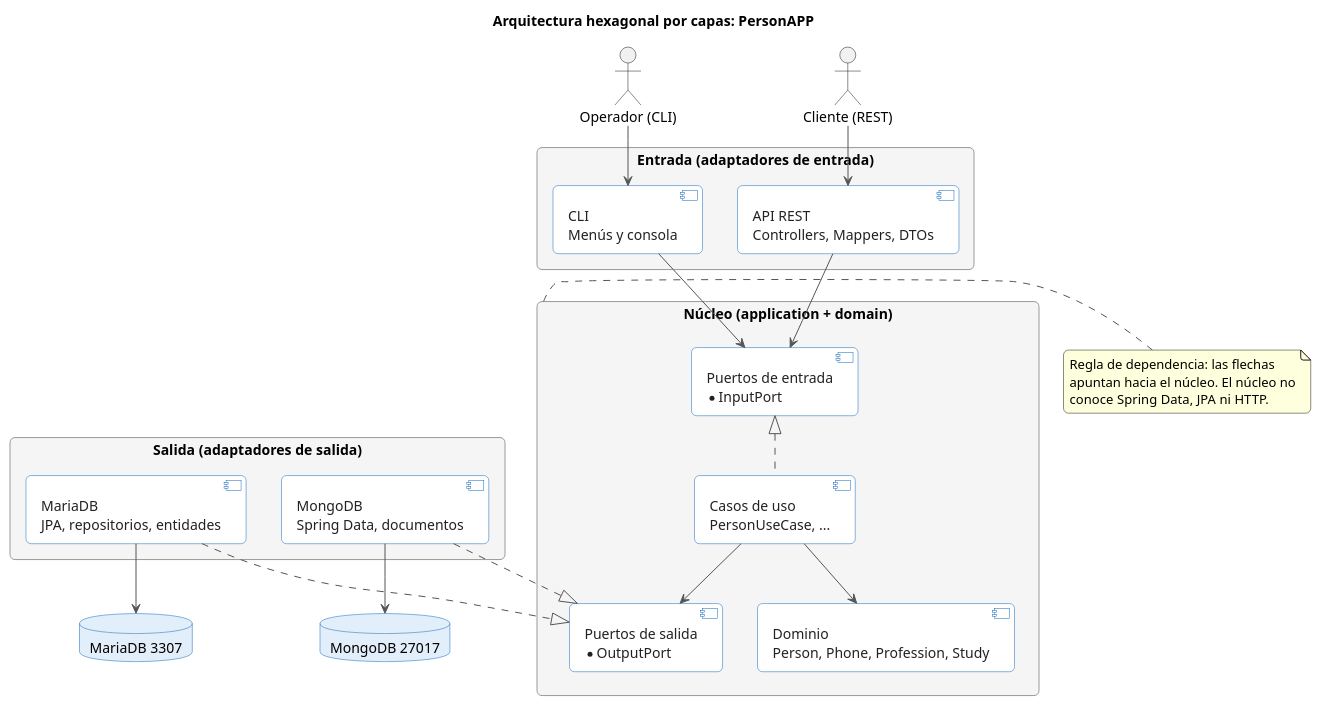
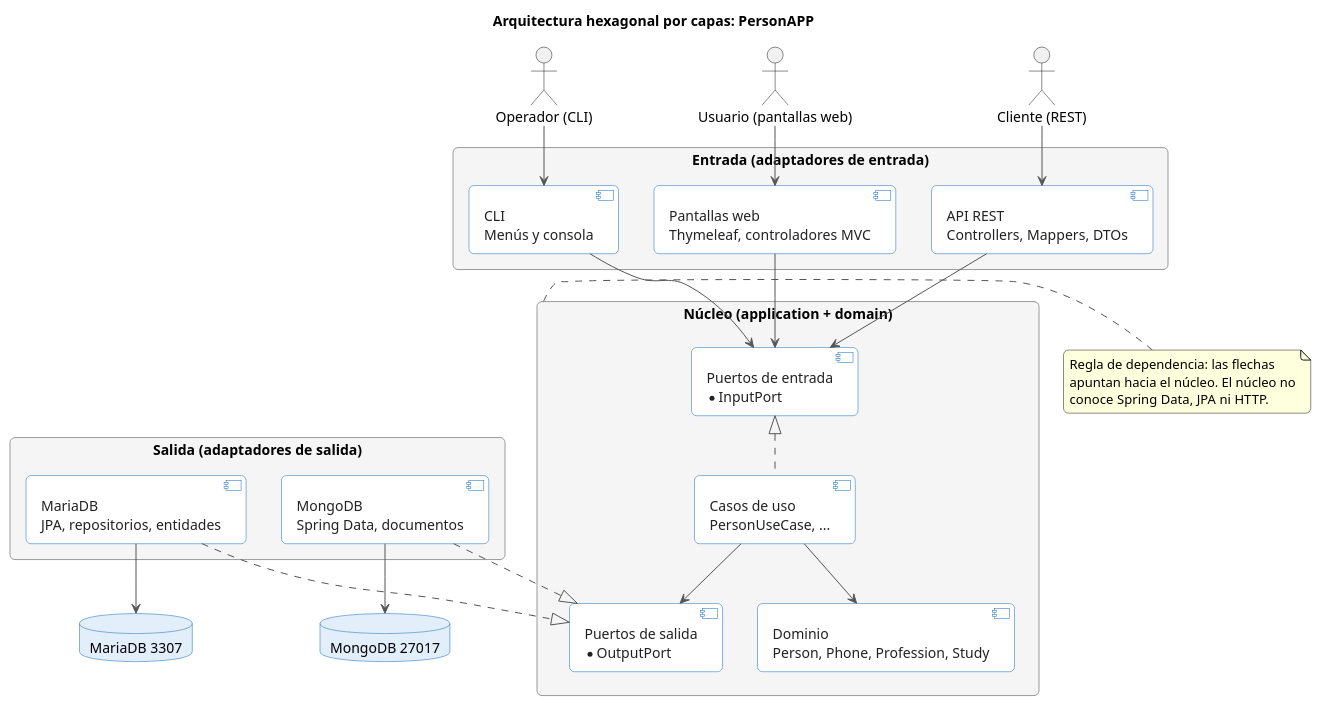
One commit to andres-karoll/personapp-hexa-spring-boot changed the diagram in docs/diagramas/08_arquitectura_capas.puml. Above: the diagram before and after it, drawn with PlantUML. The commit also changed 14 other files, not shown here.

First line of the commit message:
Actualiza diagramas C4 con las pantallas web

```diff
--- a/docs/diagramas/08_arquitectura_capas.puml
+++ b/docs/diagramas/08_arquitectura_capas.puml
@@ -1,65 +1,69 @@
 @startuml 08_arquitectura_capas
 title Arquitectura hexagonal por capas: PersonAPP
 
 skinparam defaultFontName Arial
 skinparam shadowing false
 skinparam roundCorner 10
 skinparam packageStyle rectangle
 skinparam package {
   BorderColor #999999
   BackgroundColor #F5F5F5
   FontColor #333333
   FontStyle bold
 }
 skinparam component {
   BackgroundColor #FFFFFF
   BorderColor #1168BD
   FontColor #222222
 }
 skinparam database {
   BackgroundColor #E3EEFB
   BorderColor #1168BD
 }
 skinparam ArrowColor #555555
 
 actor "Operador (CLI)" as cli
+actor "Usuario (pantallas web)" as web
 actor "Cliente (REST)" as rest
 
 package "Entrada (adaptadores de entrada)" as entrada {
   component "API REST\nControllers, Mappers, DTOs" as api
+  component "Pantallas web\nThymeleaf, controladores MVC" as pweb
   component "CLI\nMenús y consola" as consola
 }
 
 package "Núcleo (application + domain)" as nucleo {
   component "Puertos de entrada\n*InputPort" as pin
   component "Casos de uso\nPersonUseCase, ..." as uc
   component "Puertos de salida\n*OutputPort" as pout
   component "Dominio\nPerson, Phone, Profession, Study" as dom
 }
 
 package "Salida (adaptadores de salida)" as salida {
   component "MariaDB\nJPA, repositorios, entidades" as maria
   component "MongoDB\nSpring Data, documentos" as mongoA
 }
 
 database "MariaDB 3307" as dbm
 database "MongoDB 27017" as dbmo
 
 cli --> consola
 rest --> api
+web --> pweb
+pweb --> pin
 api --> pin
 consola --> pin
 pin <|.. uc
 uc --> pout
 uc --> dom
 maria ..|> pout
 mongoA ..|> pout
 maria --> dbm
 mongoA --> dbmo
 
 note right of nucleo
   Regla de dependencia: las flechas
   apuntan hacia el núcleo. El núcleo no
   conoce Spring Data, JPA ni HTTP.
 end note
 @enduml
```
